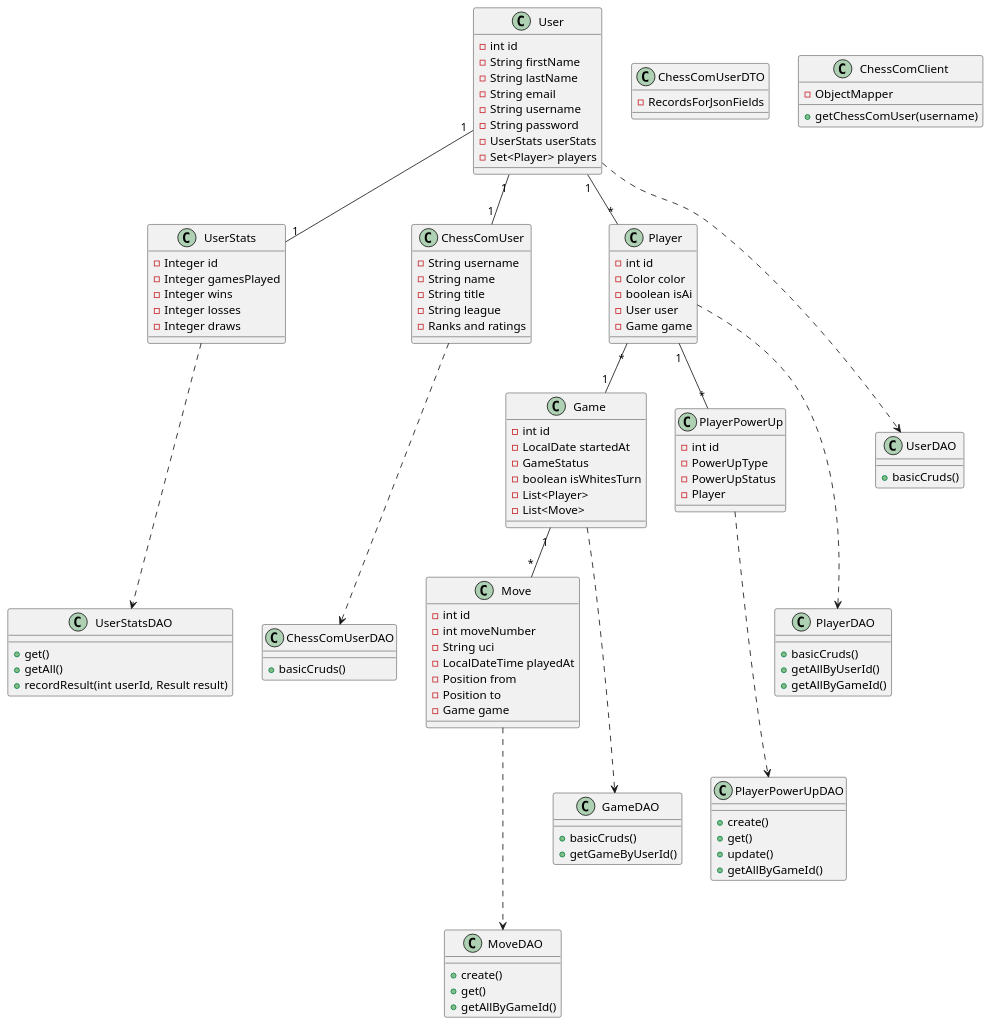
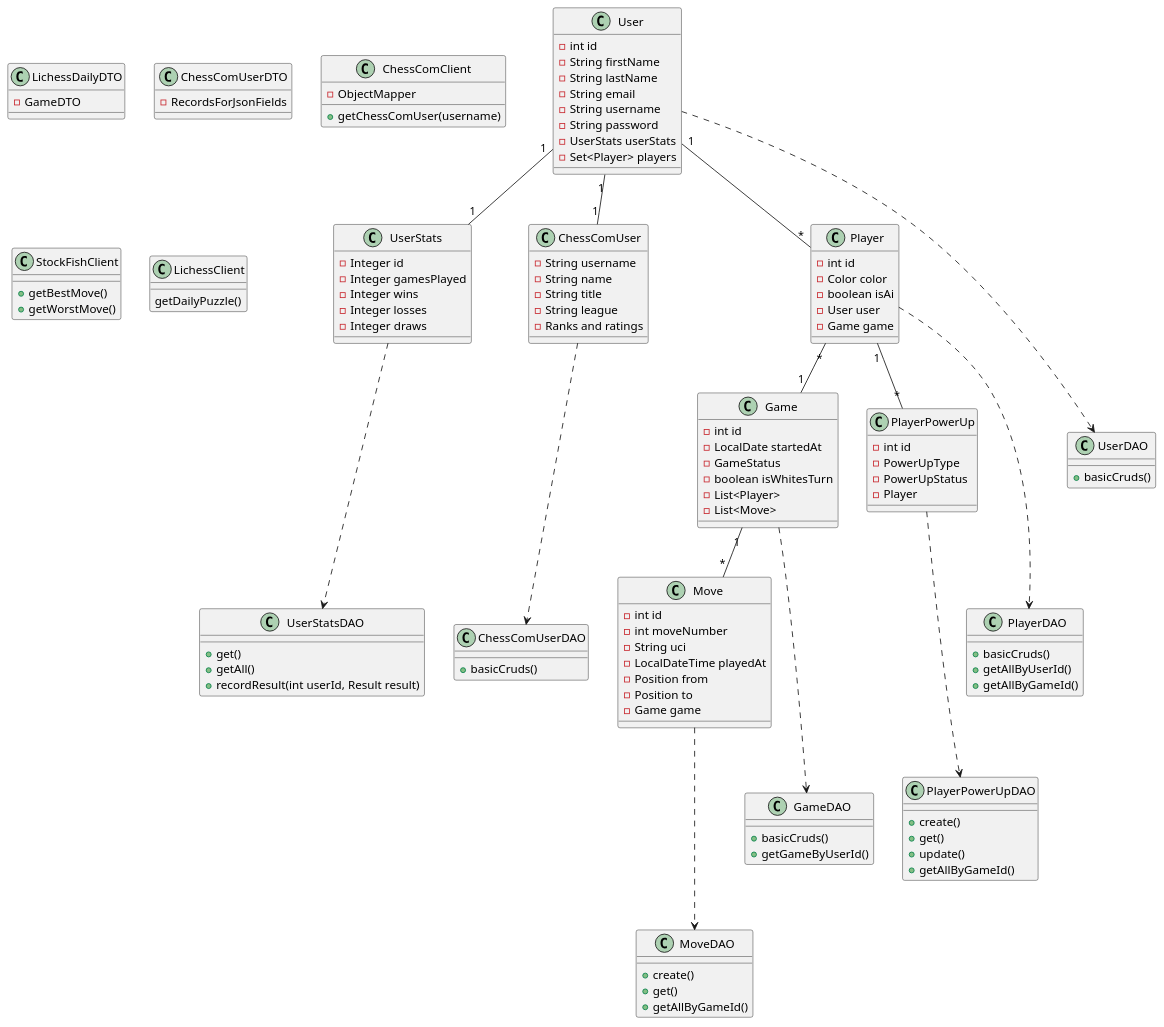
The diagram in docs/ClassDiagram.puml (MortenHelander/ChessBackendAPI), drawn with PlantUML before and after one commit. The commit also changed 28 other files, not shown here.

```diff
--- a/docs/ClassDiagram.puml
+++ b/docs/ClassDiagram.puml
@@ -1,133 +1,145 @@
 @startuml
 'https://plantuml.com/class-diagram
 
 
 
 class User{
 - int id
 - String firstName
 - String lastName
 - String email
 - String username
 - String password
 - UserStats userStats
 - Set<Player> players
 }
 
 class UserStats{
 - Integer id
 - Integer gamesPlayed
 - Integer wins
 - Integer losses
 - Integer draws
 }
 
 class ChessComUser{
 - String username
 - String name
 - String title
 - String league
 - Ranks and ratings
 }
 
 class Player{
 - int id
 - Color color
 - boolean isAi
 - User user
 - Game game
 }
 
 
 class Game{
 - int id
 - LocalDate startedAt
 - GameStatus
 - boolean isWhitesTurn
 - List<Player>
 - List<Move>
 }
 
 class Move{
 - int id
 - int moveNumber
 - String uci
 - LocalDateTime playedAt
 - Position from
 - Position to
 - Game game
 
 }
 
 class PlayerPowerUp{
 - int id
 - PowerUpType
 - PowerUpStatus
 - Player
 }
 
+class LichessDailyDTO{
+- GameDTO
+}
+
 class ChessComUserDTO{
 -RecordsForJsonFields
 }
 
 class ChessComClient{
 - ObjectMapper
 + getChessComUser(username)
 }
 
 class ChessComUserDAO{
 + basicCruds()
 }
 
 class GameDAO{
 + basicCruds()
 + getGameByUserId()
 }
 
 class MoveDAO{
 + create()
 + get()
 + getAllByGameId()
 }
 
 class PlayerDAO{
 + basicCruds()
 + getAllByUserId()
 + getAllByGameId()
 }
 
 class PlayerPowerUpDAO{
 + create()
 + get()
 + update()
 + getAllByGameId()
 }
 
 class UserDAO{
 + basicCruds()
 }
 
 class UserStatsDAO{
 + get()
 + getAll()
 + recordResult(int userId, Result result)
 }
 
+class StockFishClient{
++ getBestMove()
++ getWorstMove()
+}
+
+class LichessClient{
+getDailyPuzzle()
+}
 
 
 User "1" -- "*" Player
 User "1" -- "1" UserStats
 User "1" -- "1" ChessComUser
 Player "*" -- "1" Game
 Player "1" -- "*" PlayerPowerUp
 Game "1" -- "*" Move
 
 User -.-> UserDAO
 UserStats -.-> UserStatsDAO
 ChessComUser -.-> ChessComUserDAO
 Player -.-> PlayerDAO
 PlayerPowerUp -.-> PlayerPowerUpDAO
 Game -.-> GameDAO
 Move -.-> MoveDAO
 
 @enduml
```
